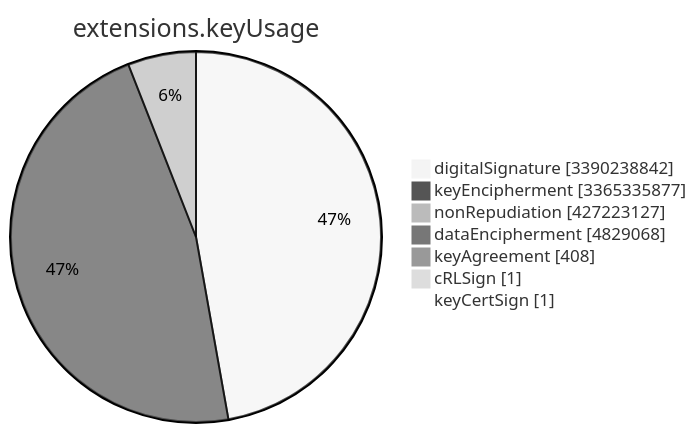
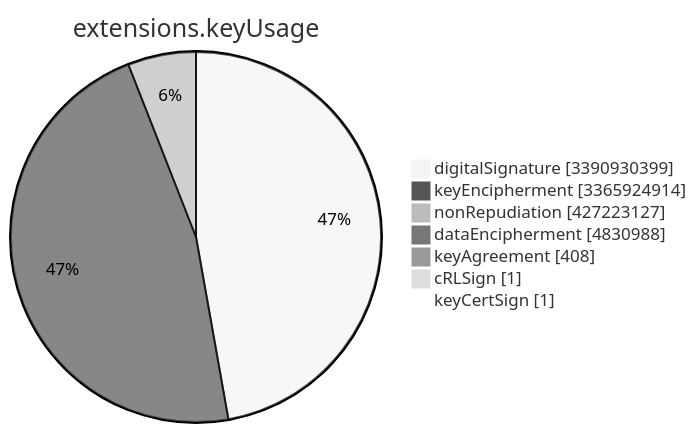
Before and after one commit to christiankrug/ctmonitor_visualization: the sixth of 15 diagrams in TOTAL/README.md, drawn with Mermaid (neutral theme). The commit also changed other lines of this file, not shown here.

````diff
--- a/TOTAL/README.md
+++ b/TOTAL/README.md
@@ -3080,11 +3080,11 @@
 ```mermaid
 pie showData
 title extensions.keyUsage
-"digitalSignature" :3390238842
-"keyEncipherment" :3365335877
+"digitalSignature" :3390930399
+"keyEncipherment" :3365924914
 "nonRepudiation" :427223127
-"dataEncipherment" :4829068
+"dataEncipherment" :4830988
 "keyAgreement" :408
 "cRLSign" :1
 "keyCertSign" :1
 ```
````
